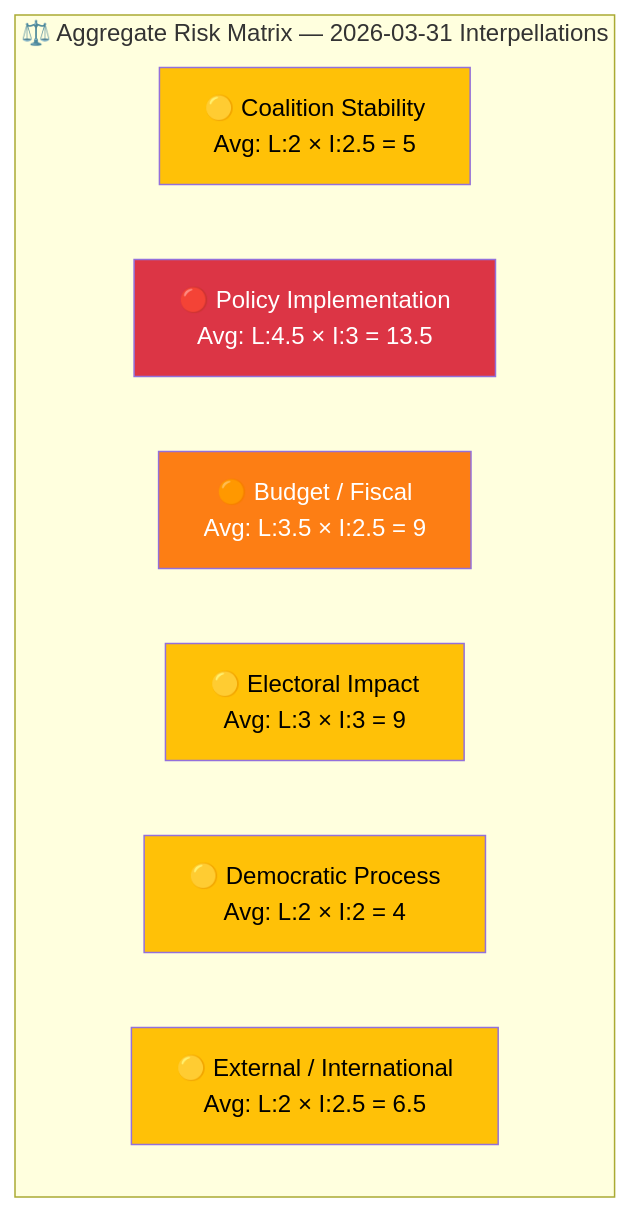
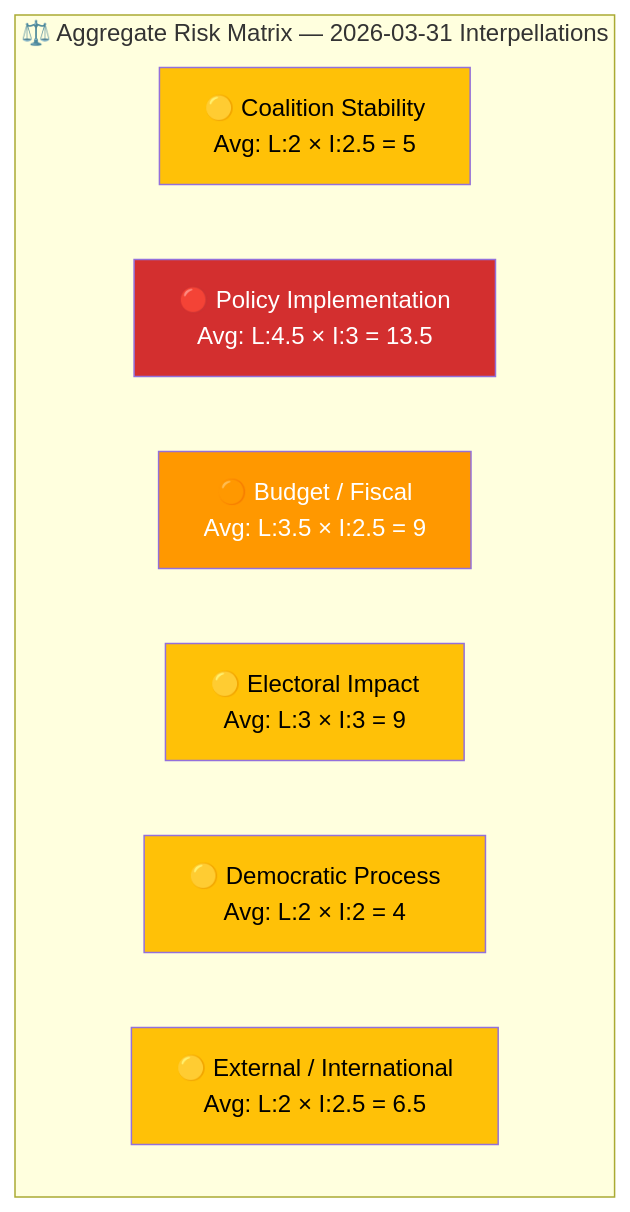
One commit to Hack23/riksdagsmonitor changed the diagram in analysis/daily/2026-03-31/interpellations/risk-assessment.md. Above: the diagram before and after it, drawn with Mermaid. The commit also changed 785 other files, not shown here.

First line of the commit message:
Normalize mermaid colors across 786 analysis artifacts to ISMS Style Guide palette

````diff
--- a/analysis/daily/2026-03-31/interpellations/risk-assessment.md
+++ b/analysis/daily/2026-03-31/interpellations/risk-assessment.md
@@ -13,18 +13,18 @@
 ```mermaid
 graph TD
     subgraph "⚖️ Aggregate Risk Matrix — 2026-03-31 Interpellations"
         R1["🟡 Coalition Stability<br/>Avg: L:2 × I:2.5 = 5"]
         R2["🔴 Policy Implementation<br/>Avg: L:4.5 × I:3 = 13.5"]
         R3["🟠 Budget / Fiscal<br/>Avg: L:3.5 × I:2.5 = 9"]
         R4["🟡 Electoral Impact<br/>Avg: L:3 × I:3 = 9"]
         R5["🟡 Democratic Process<br/>Avg: L:2 × I:2 = 4"]
         R6["🟡 External / International<br/>Avg: L:2 × I:2.5 = 6.5"]
     end
 
-    style R1 fill:#ffc107,color:#000
-    style R2 fill:#dc3545,color:#fff
-    style R3 fill:#fd7e14,color:#fff
-    style R4 fill:#ffc107,color:#000
-    style R5 fill:#ffc107,color:#000
-    style R6 fill:#ffc107,color:#000
+    style R1 fill:#FFC107,color:#000000
+    style R2 fill:#D32F2F,color:#FFFFFF
+    style R3 fill:#FF9800,color:#FFFFFF
+    style R4 fill:#FFC107,color:#000000
+    style R5 fill:#FFC107,color:#000000
+    style R6 fill:#FFC107,color:#000000
 ```
````
